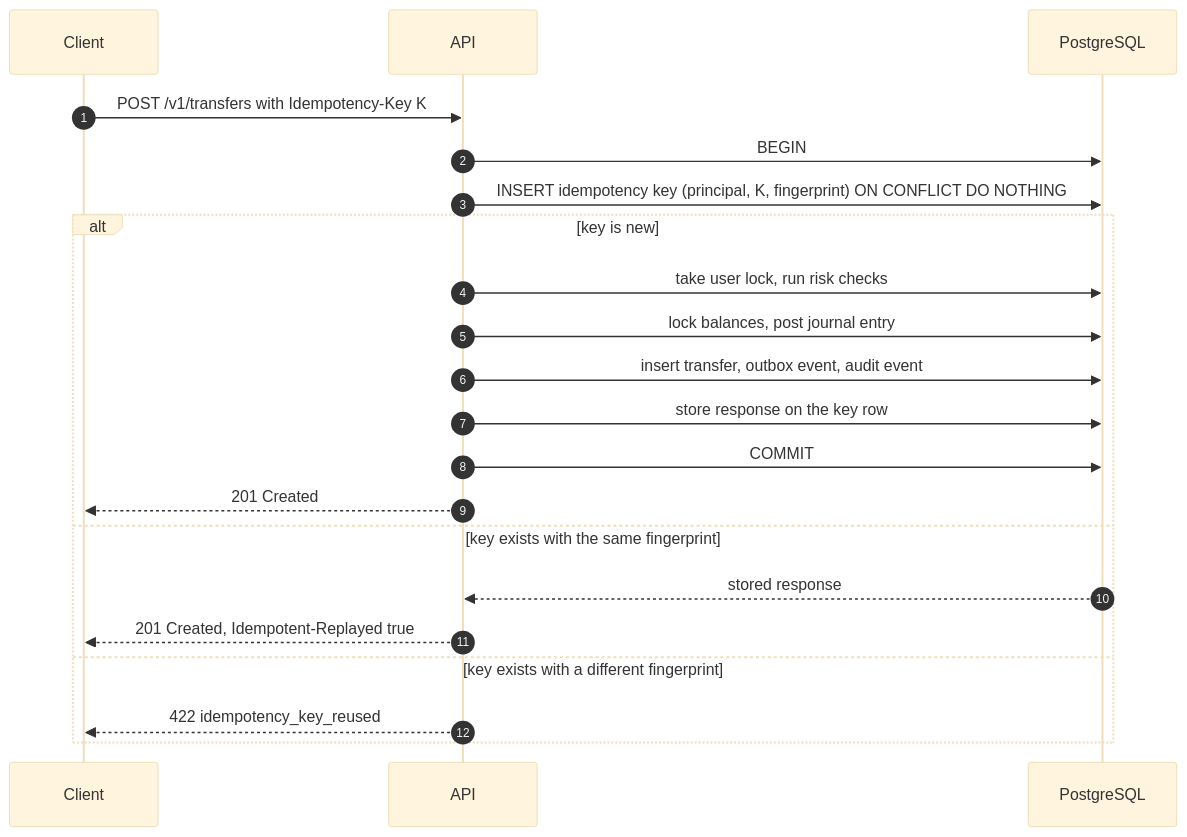
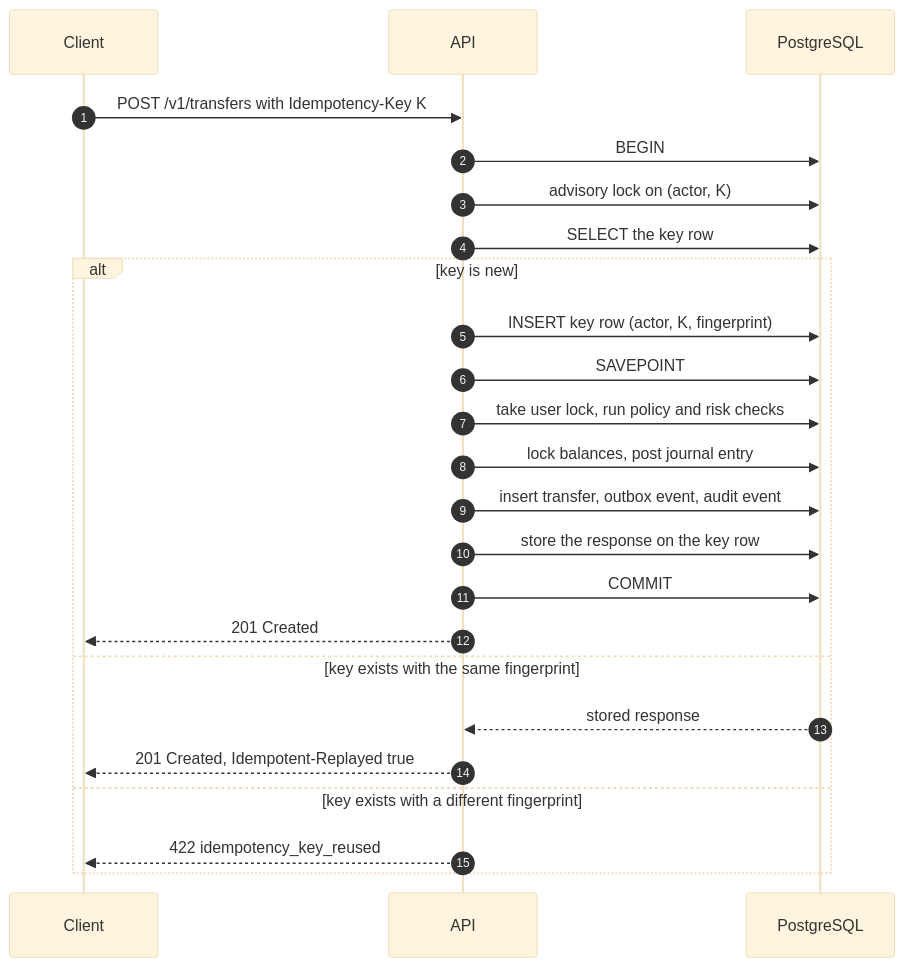
The fourth of 8 diagrams in docs/architecture.md (AaronJAdler/corridor), drawn with Mermaid (base theme) before and after one commit. The commit also changed other lines of this file and 27 other files, not shown here.

````diff
--- a/docs/architecture.md
+++ b/docs/architecture.md
@@ -413,24 +497,27 @@
 ```mermaid
 sequenceDiagram
     autonumber
     participant C as Client
     participant A as API
     participant DB as PostgreSQL
 
     C->>A: POST /v1/transfers with Idempotency-Key K
     A->>DB: BEGIN
-    A->>DB: INSERT idempotency key (principal, K, fingerprint) ON CONFLICT DO NOTHING
+    A->>DB: advisory lock on (actor, K)
+    A->>DB: SELECT the key row
     alt key is new
-        A->>DB: take user lock, run risk checks
+        A->>DB: INSERT key row (actor, K, fingerprint)
+        A->>DB: SAVEPOINT
+        A->>DB: take user lock, run policy and risk checks
         A->>DB: lock balances, post journal entry
         A->>DB: insert transfer, outbox event, audit event
-        A->>DB: store response on the key row
+        A->>DB: store the response on the key row
         A->>DB: COMMIT
         A-->>C: 201 Created
     else key exists with the same fingerprint
         DB-->>A: stored response
         A-->>C: 201 Created, Idempotent-Replayed true
     else key exists with a different fingerprint
         A-->>C: 422 idempotency_key_reused
     end
 ```
````
